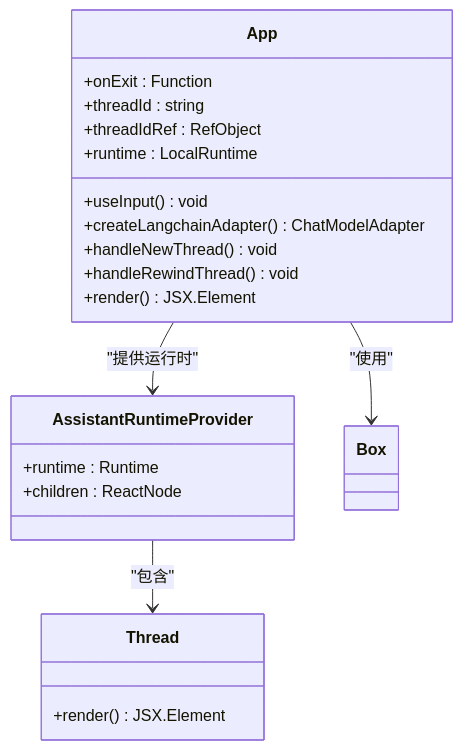
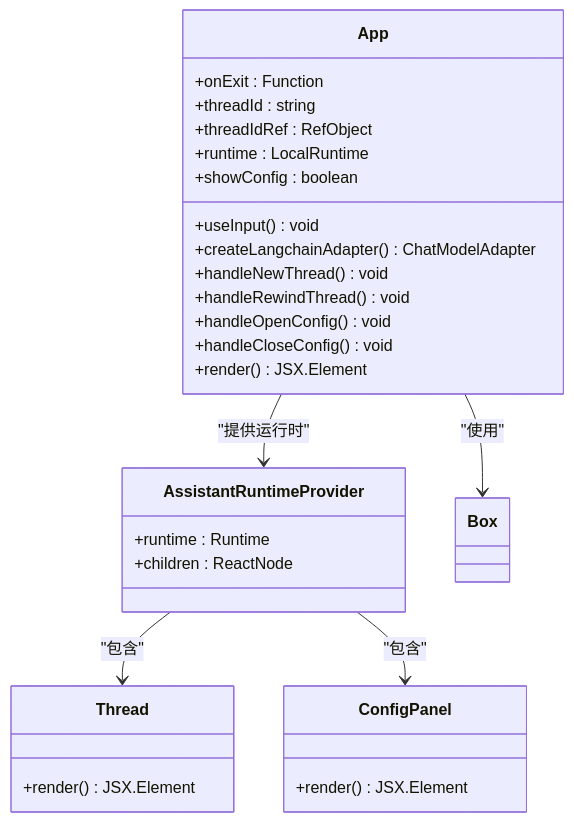
One commit to HAOFUYANG/onion-code changed the second of 16 diagrams in .qoder/repowiki/zh/content/核心架构/React 终端 UI 组件.md. Above: the diagram before and after it, drawn with Mermaid. The commit also changed other lines of this file and 25 other files, not shown here.

````diff
--- a/.qoder/repowiki/zh/content/核心架构/React 终端 UI 组件.md
+++ b/.qoder/repowiki/zh/content/核心架构/React 终端 UI 组件.md
@@ -141,24 +144,31 @@
 ```mermaid
 classDiagram
 class App {
 +onExit : Function
 +threadId : string
 +threadIdRef : RefObject
 +runtime : LocalRuntime
++showConfig : boolean
 +useInput() void
 +createLangchainAdapter() ChatModelAdapter
 +handleNewThread() void
 +handleRewindThread() void
++handleOpenConfig() void
++handleCloseConfig() void
 +render() JSX.Element
 }
 class AssistantRuntimeProvider {
 +runtime : Runtime
 +children : ReactNode
 }
 class Thread {
 +render() JSX.Element
 }
+class ConfigPanel {
++render() JSX.Element
+}
 App --> AssistantRuntimeProvider : "提供运行时"
 AssistantRuntimeProvider --> Thread : "包含"
+AssistantRuntimeProvider --> ConfigPanel : "包含"
 App --> Box : "使用"
 ```
````
